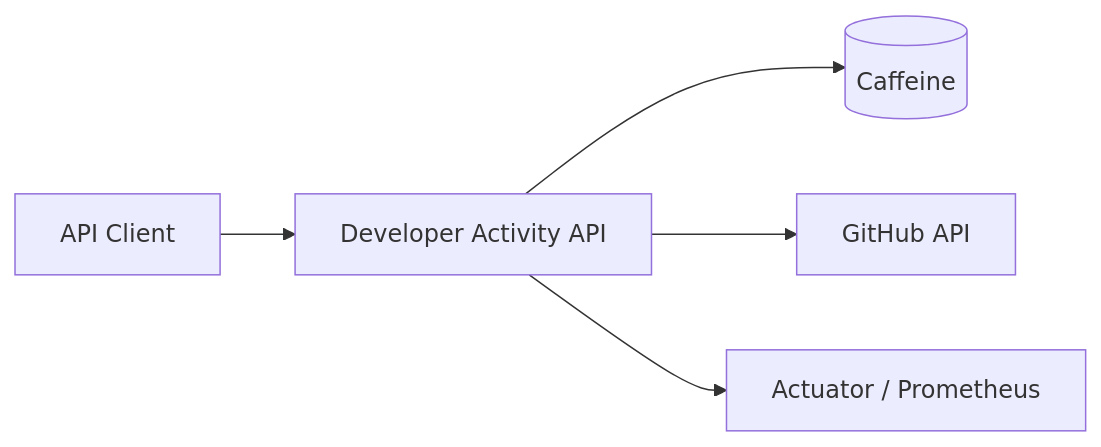
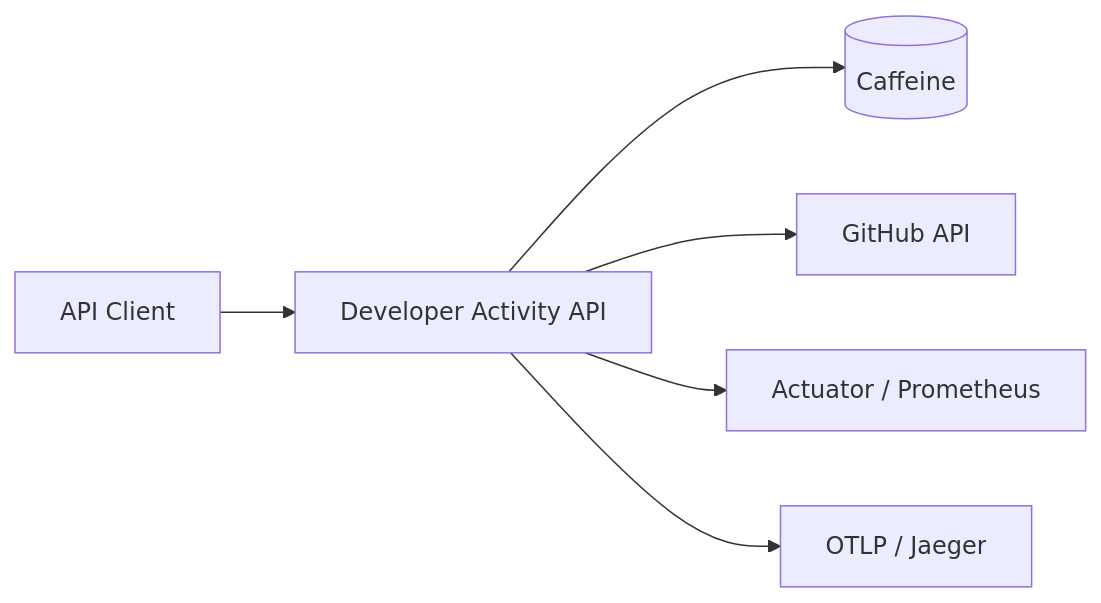
The diagram in README.md (pgkim42/developer-activity), drawn with Mermaid before and after one commit. The commit also changed other lines of this file and 12 other files, not shown here.

````diff
--- a/README.md
+++ b/README.md
@@ -37,7 +37,8 @@
 ```mermaid
 flowchart LR
     Client[API Client] --> API[Developer Activity API]
     API --> Cache[(Caffeine)]
     API --> GitHub[GitHub API]
     API --> Metrics[Actuator / Prometheus]
+    API --> Traces[OTLP / Jaeger]
 ```
````
